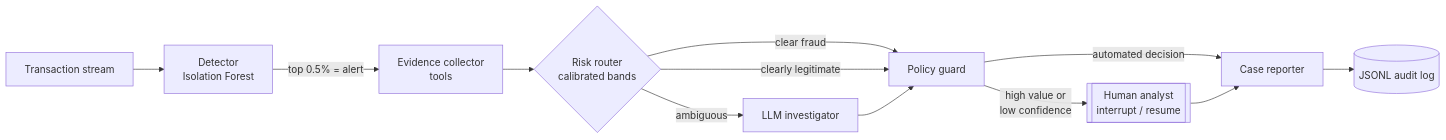
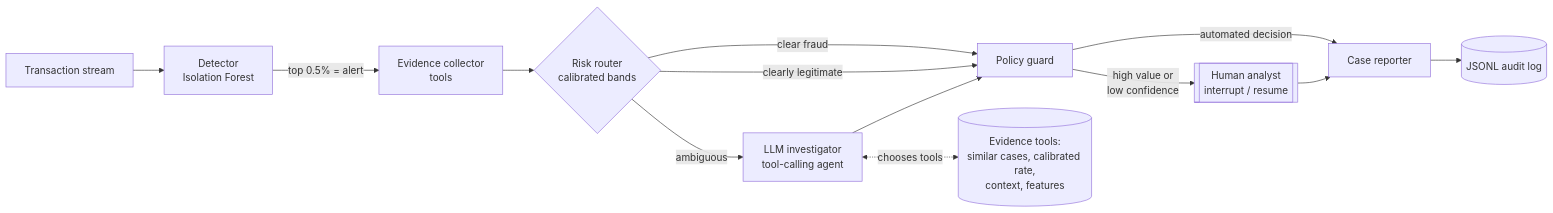
One commit to Divya171997/Divya171997 changed the diagram in Agentic AI/Fraud-Alert-Triage-HITL/README.md. Above: the diagram before and after it, drawn with Mermaid. The commit also changed other lines of this file and 31 other files, not shown here.

````diff
--- a/Agentic AI/Fraud-Alert-Triage-HITL/README.md
+++ b/Agentic AI/Fraud-Alert-Triage-HITL/README.md
@@ -15,14 +15,15 @@
 ```mermaid
 flowchart LR
     T[Transaction stream] --> D[Detector<br/>Isolation Forest]
     D -- "top 0.5% = alert" --> E[Evidence collector<br/>tools]
     E --> R{Risk router<br/>calibrated bands}
     R -- clear fraud --> P[Policy guard]
     R -- clearly legitimate --> P
-    R -- ambiguous --> L[LLM investigator]
+    R -- ambiguous --> L[LLM investigator<br/>tool-calling agent]
+    L <-. "chooses tools" .-> TL[(Evidence tools:<br/>similar cases, calibrated rate,<br/>context, features)]
     L --> P
     P -- "high value or<br/>low confidence" --> H[[Human analyst<br/>interrupt / resume]]
     P -- automated decision --> C[Case reporter]
     H --> C
     C --> A[(JSONL audit log)]
 ```
````
